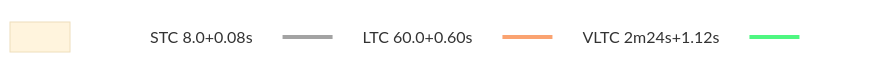
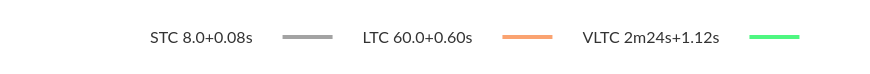
The second of 3 diagrams in engines/Kreveta.md (computer-chess-index/cci), drawn with Mermaid before and after one commit. The commit also changed other lines of this file, not shown here.

````diff
--- a/engines/Kreveta.md
+++ b/engines/Kreveta.md
@@ -54,16 +54,17 @@
 ```mermaid
 %%{init: {"theme":"base"}}%%
 flowchart LR
 E[ ] --- A[STC 8.0+0.08s]
 A --- B[LTC 60.0+0.60s]
 B --- C[VLTC 2m24s+1.12s]
 C --- D[ ]
 linkStyle 0 stroke:#a3a3a3,stroke-width:0px
 linkStyle 1 stroke:#a3a3a3,stroke-width:4px
 linkStyle 2 stroke:#faa371,stroke-width:4px
 linkStyle 3 stroke:#4ef781,stroke-width:4px
 style A fill:none,stroke:none
 style B fill:none,stroke:none
 style C fill:none,stroke:none
 style D fill:none,stroke:none
+style E fill:none,stroke:none
 ```
````
